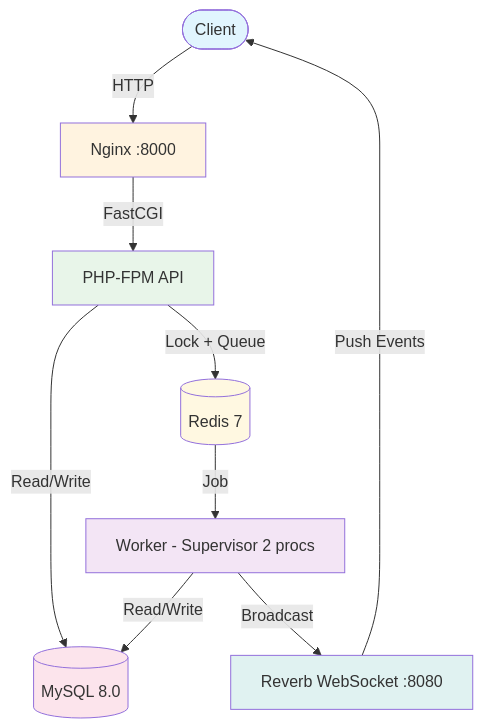
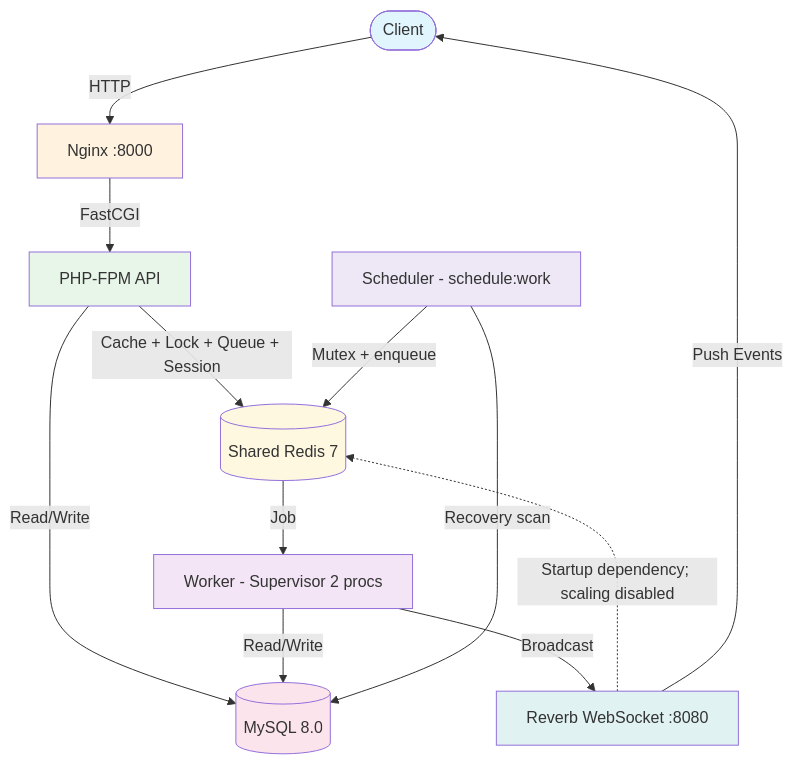
Before and after one commit to AbdouShalby/Distributed-Order-Processing-System: the first of 12 diagrams in docs/architecture.md, drawn with Mermaid. The commit also changed other lines of this file and 8 other files, not shown here.

````diff
--- a/docs/architecture.md
+++ b/docs/architecture.md
@@ -10,19 +12,23 @@
 ```mermaid
 graph TB
     Client([Client]) -->|HTTP| Nginx[Nginx :8000]
     Nginx -->|FastCGI| PHP[PHP-FPM API]
     PHP -->|Read/Write| MySQL[(MySQL 8.0)]
-    PHP -->|Lock + Queue| Redis[(Redis 7)]
+    PHP -->|Cache + Lock + Queue + Session| Redis[(Shared Redis 7)]
     Redis -->|Job| Worker[Worker - Supervisor 2 procs]
     Worker -->|Read/Write| MySQL
     Worker -->|Broadcast| Reverb[Reverb WebSocket :8080]
+    Reverb -.->|Startup dependency; scaling disabled| Redis
     Reverb -->|Push Events| Client
+    Scheduler[Scheduler - schedule:work] -->|Recovery scan| MySQL
+    Scheduler -->|Mutex + enqueue| Redis
 
     style Client fill:#e1f5fe
     style Nginx fill:#fff3e0
     style PHP fill:#e8f5e9
     style MySQL fill:#fce4ec
     style Redis fill:#fff8e1
     style Worker fill:#f3e5f5
+    style Scheduler fill:#ede7f6
     style Reverb fill:#e0f2f1
 ```
````
